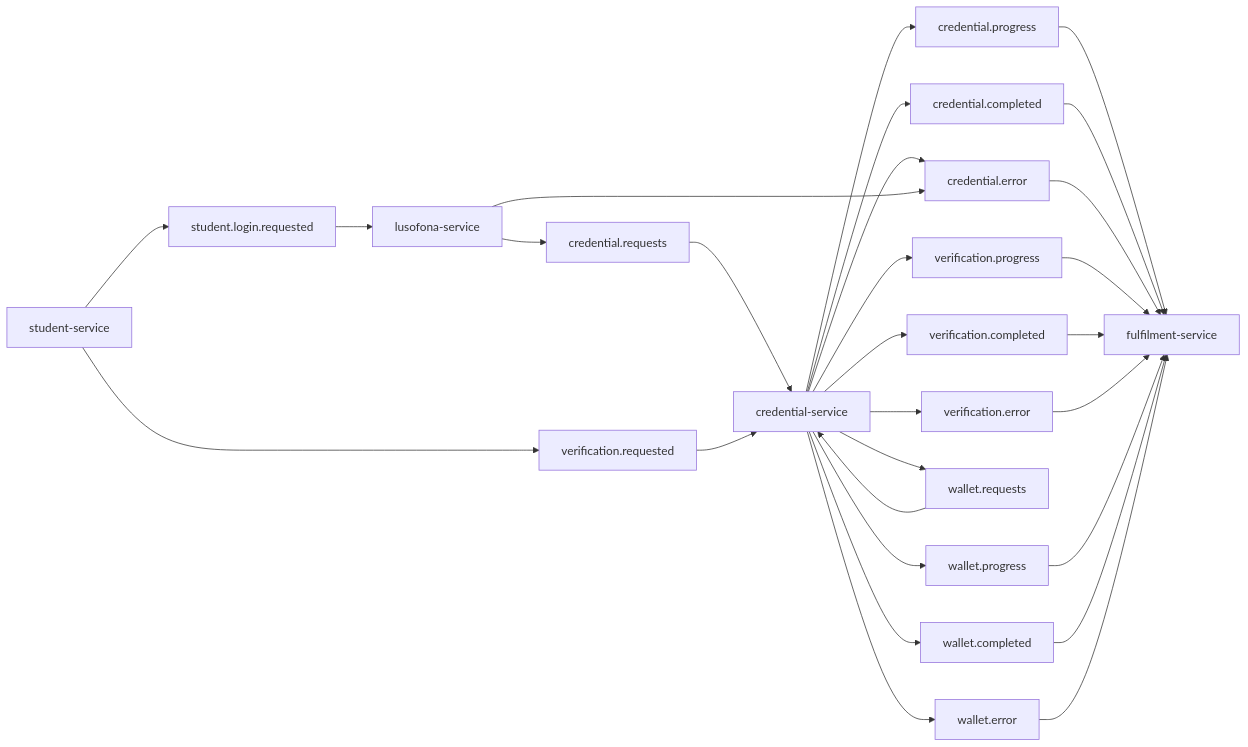
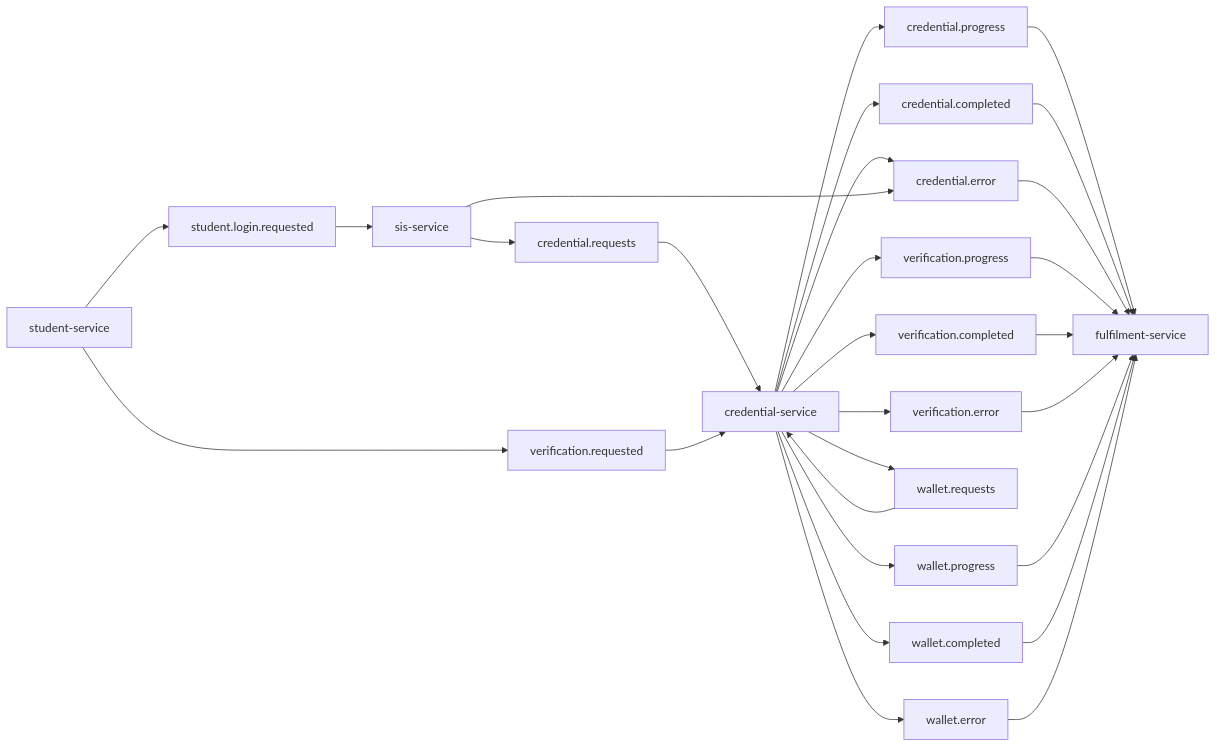
The eighth of 16 diagrams in docs/ARCHITECTURE.md (marcelogdomingues/ulht-dcs-public), drawn with Mermaid before and after one commit. The commit also changed other lines of this file and 600 other files, not shown here.

````diff
--- a/docs/ARCHITECTURE.md
+++ b/docs/ARCHITECTURE.md
@@ -414,36 +414,36 @@
 ```mermaid
 graph LR
     SS["student-service"] --> T1["student.login.requested"]
-    T1 --> LS["lusofona-service"]
+    T1 --> LS["sis-service"]
 
     LS --> T2["credential.requests"]
     T2 --> CS["credential-service"]
 
     SS --> T3["verification.requested"]
     T3 --> CS
 
     CS --> T4["credential.progress"]
     CS --> T5["credential.completed"]
     CS --> T6["credential.error"]
     LS --> T6
 
     CS --> T7["verification.progress"]
     CS --> T8["verification.completed"]
     CS --> T9["verification.error"]
 
     CS --> T10["wallet.requests"]
     T10 --> CS
     CS --> T11["wallet.progress"]
     CS --> T12["wallet.completed"]
     CS --> T13["wallet.error"]
 
     T4 --> FS["fulfilment-service"]
     T5 --> FS
     T6 --> FS
     T7 --> FS
     T8 --> FS
     T9 --> FS
     T11 --> FS
     T12 --> FS
     T13 --> FS
 ```
````
